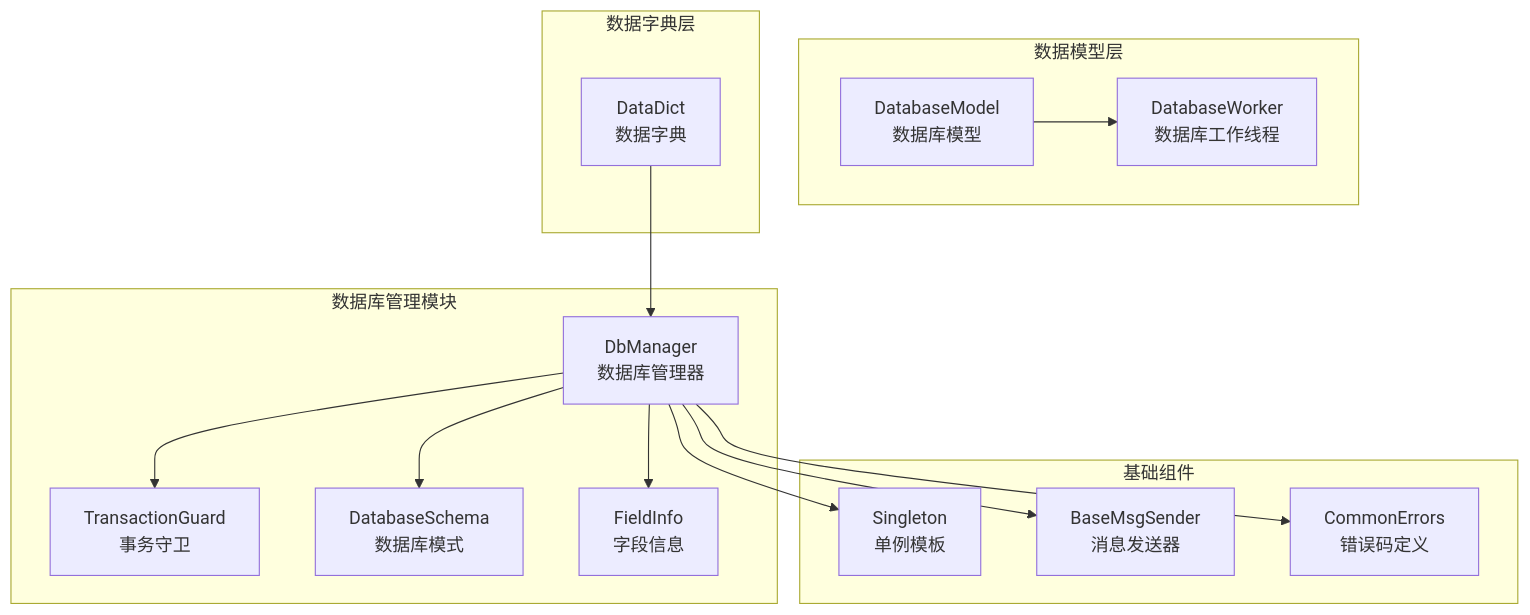
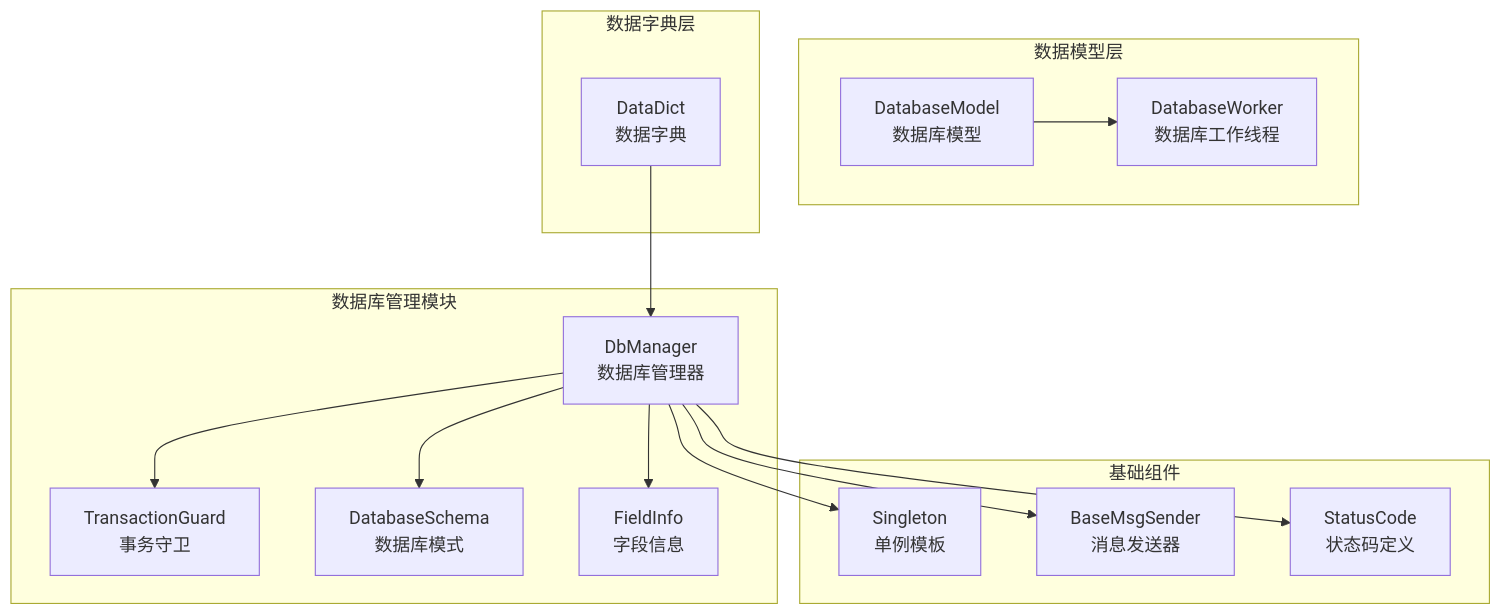
Before and after one commit to ihula/QmlPlugins: the first of 12 diagrams in .qoder/repowiki/zh/content/核心模块/数据库管理模块.md, drawn with Mermaid. The commit also changed other lines of this file and 13 other files, not shown here.

````diff
--- a/.qoder/repowiki/zh/content/核心模块/数据库管理模块.md
+++ b/.qoder/repowiki/zh/content/核心模块/数据库管理模块.md
@@ -35,29 +44,29 @@
 ```mermaid
 graph TB
 subgraph "数据库管理模块"
 DM[DbManager<br/>数据库管理器]
 TG[TransactionGuard<br/>事务守卫]
 DS[DatabaseSchema<br/>数据库模式]
 FI[FieldInfo<br/>字段信息]
 end
 subgraph "数据模型层"
 DBM[DatabaseModel<br/>数据库模型]
 DW[DatabaseWorker<br/>数据库工作线程]
 end
 subgraph "数据字典层"
 DD[DataDict<br/>数据字典]
 end
 subgraph "基础组件"
 SM[Singleton<br/>单例模板]
 BMS[BaseMsgSender<br/>消息发送器]
-CE[CommonErrors<br/>错误码定义]
+CE[StatusCode<br/>状态码定义]
 end
 DM --> TG
 DM --> DS
 DM --> FI
 DM --> SM
 DM --> BMS
 DM --> CE
 DBM --> DW
 DD --> DM
 ```
````
